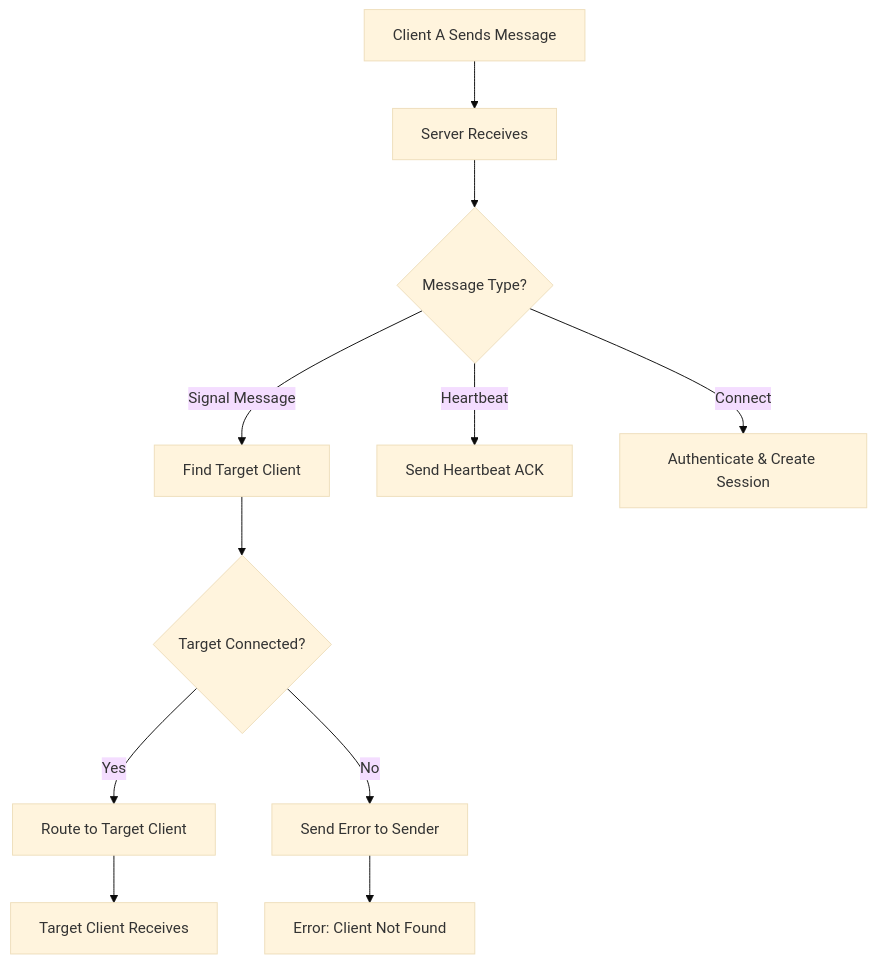
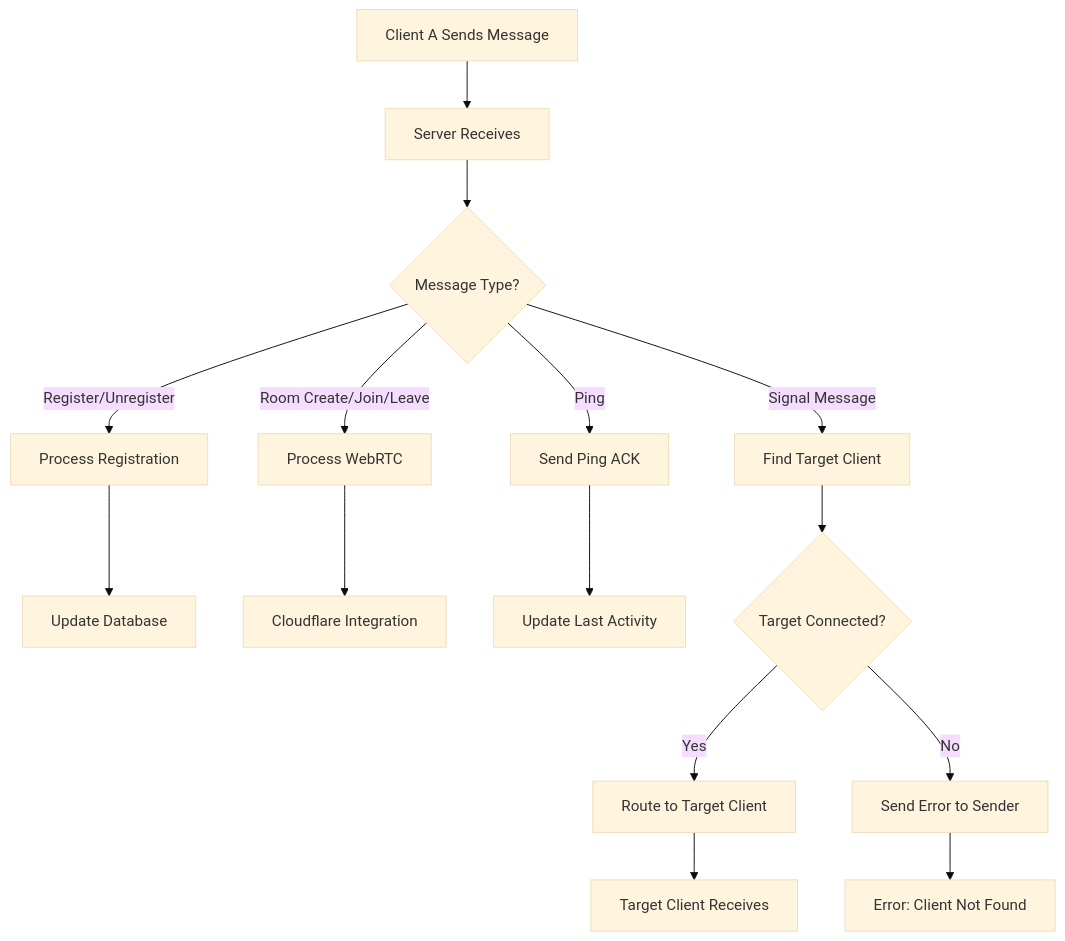
The sixth of 12 diagrams in docs/signal_manager_service_protocol.md (openagentlabs/keahi_ambient_agent_service), drawn with Mermaid (base theme) before and after one commit. The commit also changed other lines of this file and 50 other files, not shown here.

````diff
--- a/docs/signal_manager_service_protocol.md
+++ b/docs/signal_manager_service_protocol.md
@@ -239,15 +530,20 @@
 ```mermaid
 flowchart TD
     A[Client A Sends Message] --> B[Server Receives]
     B --> C{Message Type?}
-    C -->|Signal Message| D[Find Target Client]
-    C -->|Heartbeat| E[Send Heartbeat ACK]
-    C -->|Connect| F[Authenticate & Create Session]
+    C -->|Register/Unregister| D[Process Registration]
+    C -->|Room Create/Join/Leave| E[Process WebRTC]
+    C -->|Ping| F[Send Ping ACK]
+    C -->|Signal Message| G[Find Target Client]
     
-    D --> G{Target Connected?}
-    G -->|Yes| H[Route to Target Client]
-    G -->|No| I[Send Error to Sender]
+    D --> H[Update Database]
+    E --> I[Cloudflare Integration]
+    F --> J[Update Last Activity]
     
-    H --> J[Target Client Receives]
-    I --> K[Error: Client Not Found]
+    G --> K{Target Connected?}
+    K -->|Yes| L[Route to Target Client]
+    K -->|No| M[Send Error to Sender]
+    
+    L --> N[Target Client Receives]
+    M --> O[Error: Client Not Found]
 ```
````
